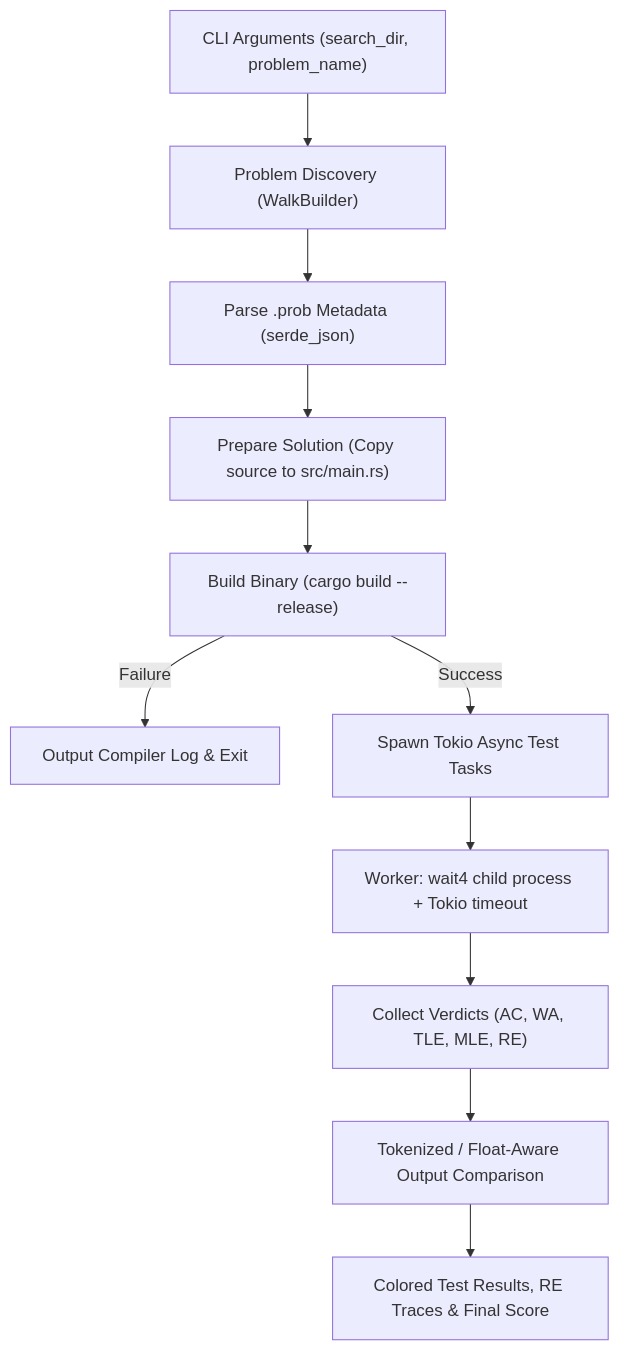
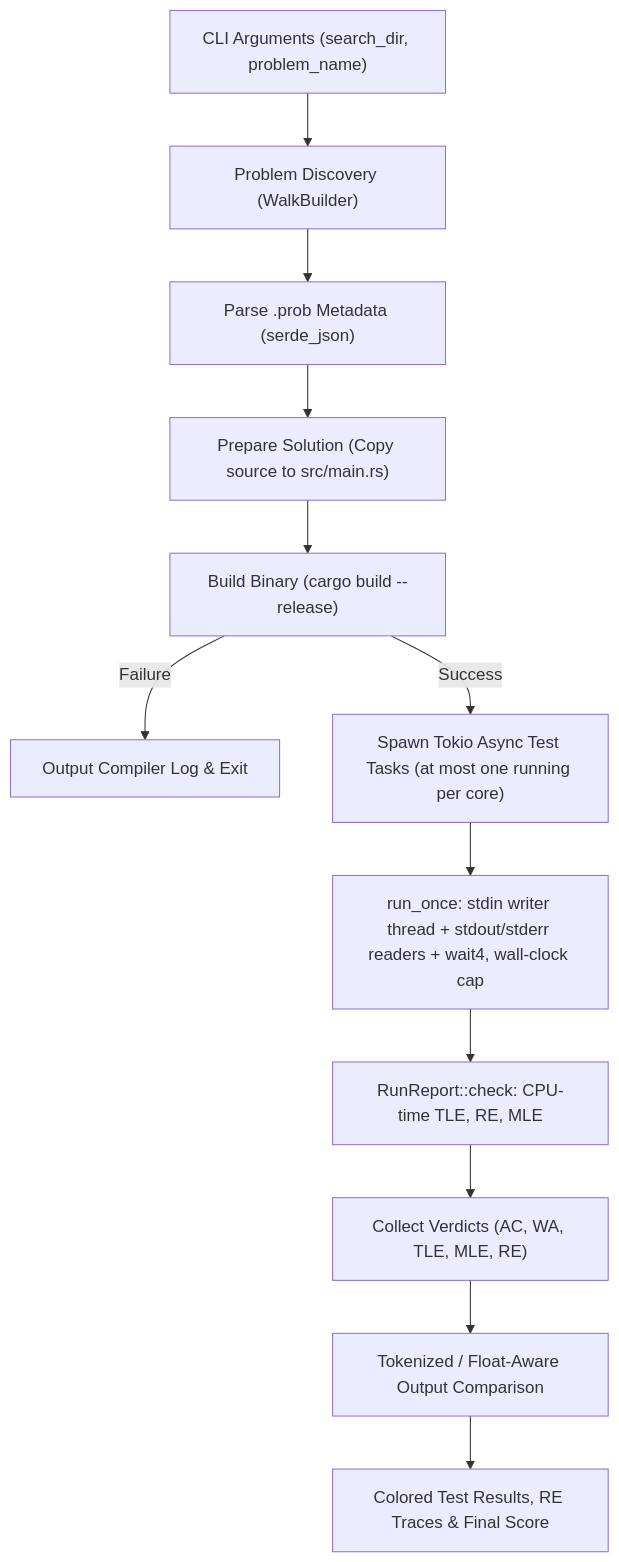
One commit to davidmiheev/cph_judge changed the diagram in docs/arch.md. Above: the diagram before and after it, drawn with Mermaid. The commit also changed other lines of this file and 9 other files, not shown here.

First line of the commit message:
Refactor runner, fix stdin deadlock, judge TLE on CPU time (phase 0)

````diff
--- a/docs/arch.md
+++ b/docs/arch.md
@@ -11,13 +11,14 @@
 ```mermaid
 flowchart TD
     A["CLI Arguments (search_dir, problem_name)"] --> B["Problem Discovery (WalkBuilder)"]
     B --> C["Parse .prob Metadata (serde_json)"]
     C --> D["Prepare Solution (Copy source to src/main.rs)"]
     D --> E["Build Binary (cargo build --release)"]
     E -- Failure --> F["Output Compiler Log & Exit"]
-    E -- Success --> G["Spawn Tokio Async Test Tasks"]
-    G --> H["Worker: wait4 child process + Tokio timeout"]
-    H --> I["Collect Verdicts (AC, WA, TLE, MLE, RE)"]
+    E -- Success --> G["Spawn Tokio Async Test Tasks (at most one running per core)"]
+    G --> H["run_once: stdin writer thread + stdout/stderr readers + wait4, wall-clock cap"]
+    H --> H2["RunReport::check: CPU-time TLE, RE, MLE"]
+    H2 --> I["Collect Verdicts (AC, WA, TLE, MLE, RE)"]
     I --> J["Tokenized / Float-Aware Output Comparison"]
     J --> K["Colored Test Results, RE Traces & Final Score"]
 ```
````
